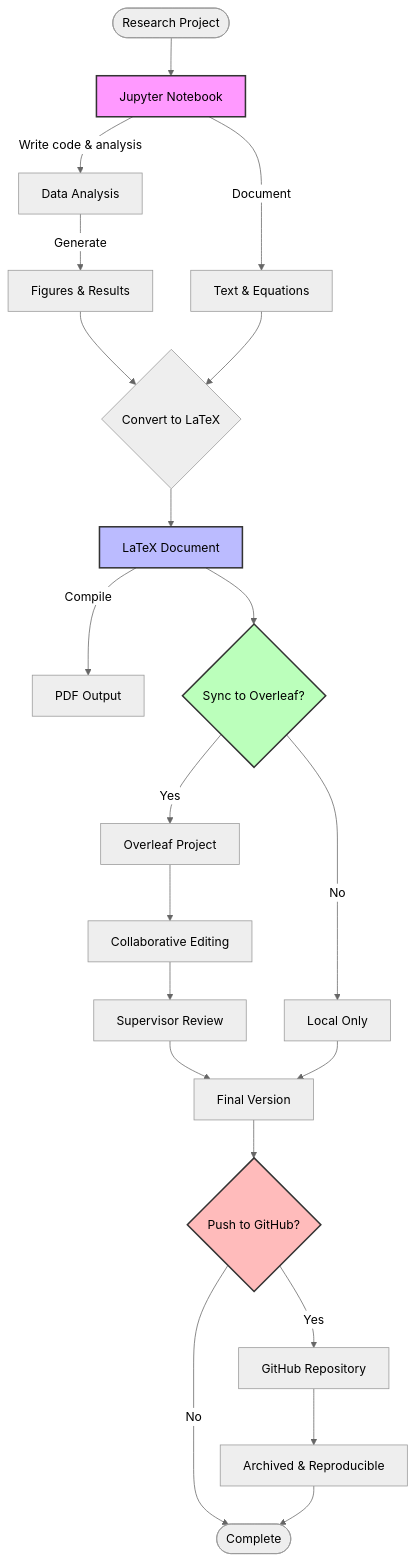
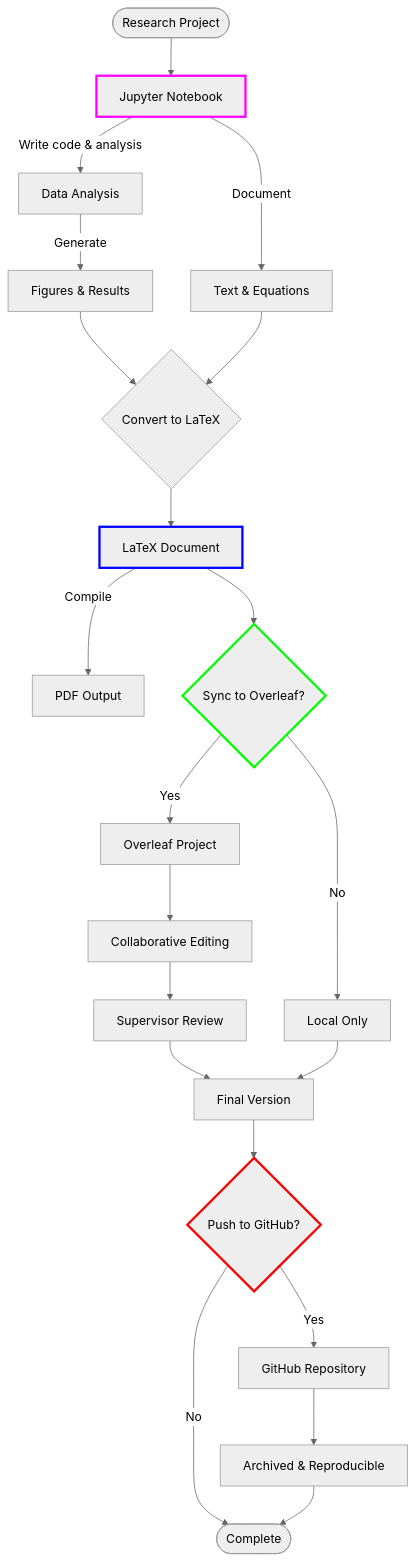
Before and after one commit to Ziforge/jupyter-overleaf-workflow: the first of 10 diagrams in docs/DIAGRAMS.md, drawn with Mermaid (neutral theme). The commit also changed other lines of this file and 1 other file, not shown here.

First line of the commit message:
Update Mermaid diagrams to use colored borders only

````diff
--- a/docs/DIAGRAMS.md
+++ b/docs/DIAGRAMS.md
@@ -7,35 +7,35 @@
 ```mermaid
 flowchart TB
     Start([Research Project]) --> Jupyter[Jupyter Notebook]
     Jupyter --> |Write code & analysis| Data[Data Analysis]
     Data --> |Generate| Figures[Figures & Results]
     Jupyter --> |Document| Text[Text & Equations]
 
     Figures --> Convert{Convert to LaTeX}
     Text --> Convert
 
     Convert --> LaTeX[LaTeX Document]
     LaTeX --> |Compile| PDF[PDF Output]
 
     LaTeX --> Overleaf{Sync to Overleaf?}
     Overleaf --> |Yes| OL[Overleaf Project]
     Overleaf --> |No| Local[Local Only]
 
     OL --> Collab[Collaborative Editing]
     Collab --> Review[Supervisor Review]
     Review --> Final[Final Version]
 
     Local --> Final
 
     Final --> GitHub{Push to GitHub?}
     GitHub --> |Yes| Repo[GitHub Repository]
     GitHub --> |No| Done([Complete])
 
     Repo --> Archive[Archived & Reproducible]
     Archive --> Done
 
-    style Jupyter fill:#f9f,stroke:#333,stroke-width:2px
-    style LaTeX fill:#bbf,stroke:#333,stroke-width:2px
-    style Overleaf fill:#bfb,stroke:#333,stroke-width:2px
-    style GitHub fill:#fbb,stroke:#333,stroke-width:2px
+    style Jupyter stroke:#f0f,stroke-width:3px
+    style LaTeX stroke:#00f,stroke-width:3px
+    style Overleaf stroke:#0f0,stroke-width:3px
+    style GitHub stroke:#f00,stroke-width:3px
 ```
````
